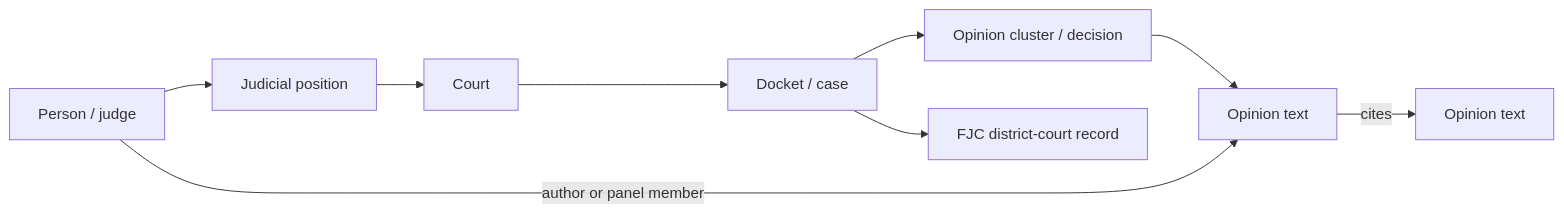
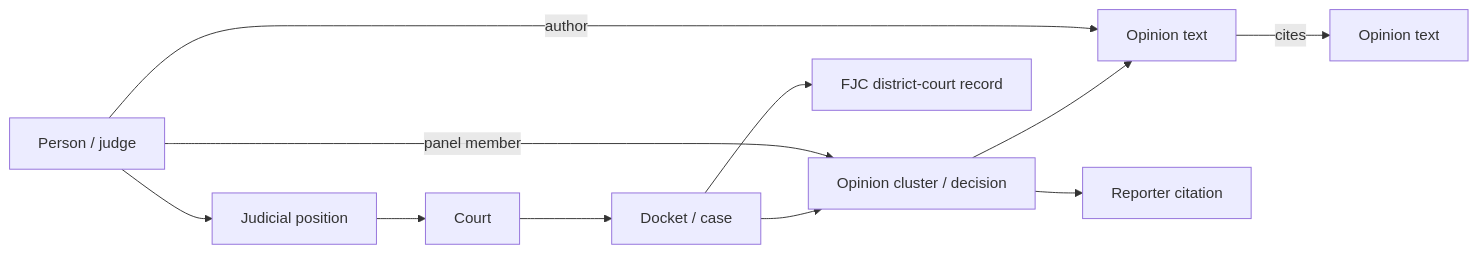
Before and after one commit to KMayer24/Data-Science-Project-Courtlistener-Database-: the diagram in README.md, drawn with Mermaid.

Commit message:
Correct schema relationship diagram

````diff
--- a/README.md
+++ b/README.md
@@ -317,11 +317,13 @@
 ```mermaid
 flowchart LR
   court[Court] --> docket[Docket / case]
   docket --> cluster[Opinion cluster / decision]
+  docket --> fjc[FJC district-court record]
   cluster --> opinion[Opinion text]
+  cluster --> citation[Reporter citation]
   opinion -->|cites| cited[Opinion text]
   person[Person / judge] --> position[Judicial position]
   position --> court
-  person -->|author or panel member| opinion
-  docket --> fjc[FJC district-court record]
+  person -->|author| opinion
+  person -->|panel member| cluster
 ```
````
